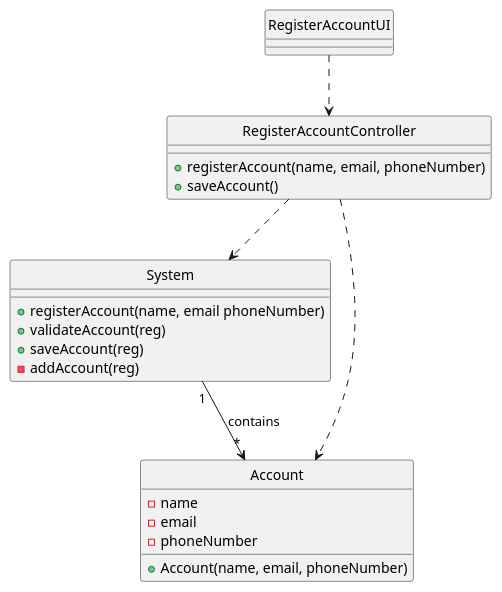
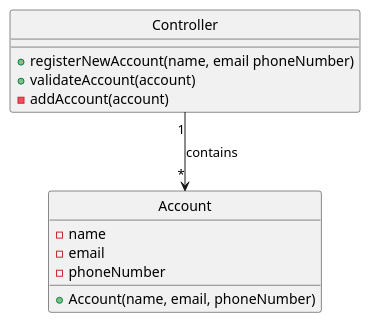
The diagram in docs/modelling_design/user_stories/us002/US002_Class_Diagram.puml (Loracline/project_switch_22-23), drawn with PlantUML before and after one commit. The commit also changed other lines of this file, not shown here.

Commit message:
US002: Design: Simplification of Class Diagram | Use Case: To Register Account

```diff
--- a/docs/modelling_design/user_stories/us002/US002_Class_Diagram.puml
+++ b/docs/modelling_design/user_stories/us002/US002_Class_Diagram.puml
@@ -1,39 +1,22 @@
 @startuml
-
-class RegisterAccountUI
-class RegisterAccountController
-class System
+class Controller
 class Account
 
-class RegisterAccountController {
-+registerAccount(name, email, phoneNumber)
-+saveAccount()
-}
-
-class System {
-+registerAccount(name, email phoneNumber)
-+validateAccount(reg)
-+saveAccount(reg)
--addAccount(reg)
+class Controller {
++registerNewAccount(name, email phoneNumber)
++validateAccount(account)
+-addAccount(account)
 }
 
 class Account {
 -name
 -email
 -phoneNumber
 +Account(name, email, phoneNumber)
 }
 
-RegisterAccountUI ..> RegisterAccountController
-RegisterAccountController ..> System
-RegisterAccountController ..> Account
-System "1" --> "*" Account: contains
+Controller "1" --> "*" Account: contains
 
-
-hide RegisterAccountUI circle
-hide RegisterAccountController circle
-hide System circle
+hide Controller circle
 hide Account circle
-
-
 @enduml
```
